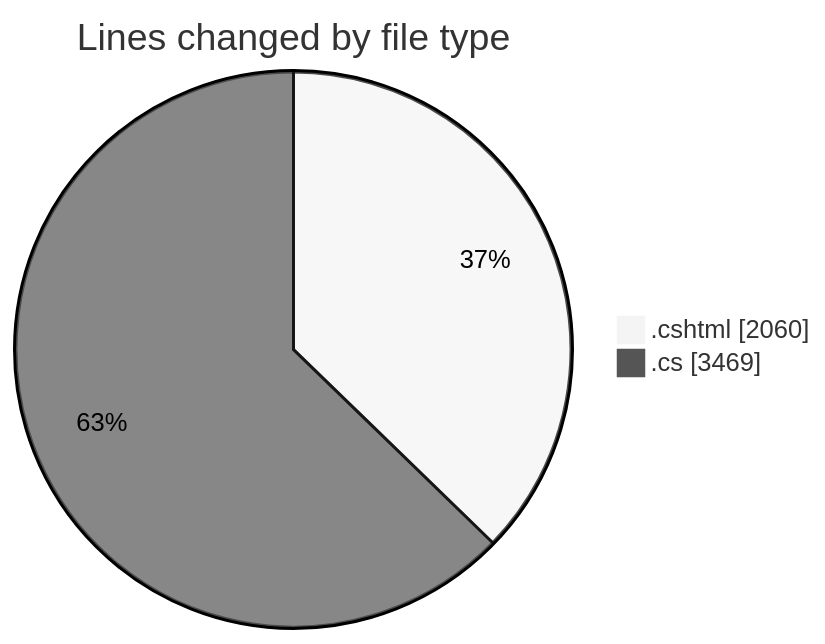
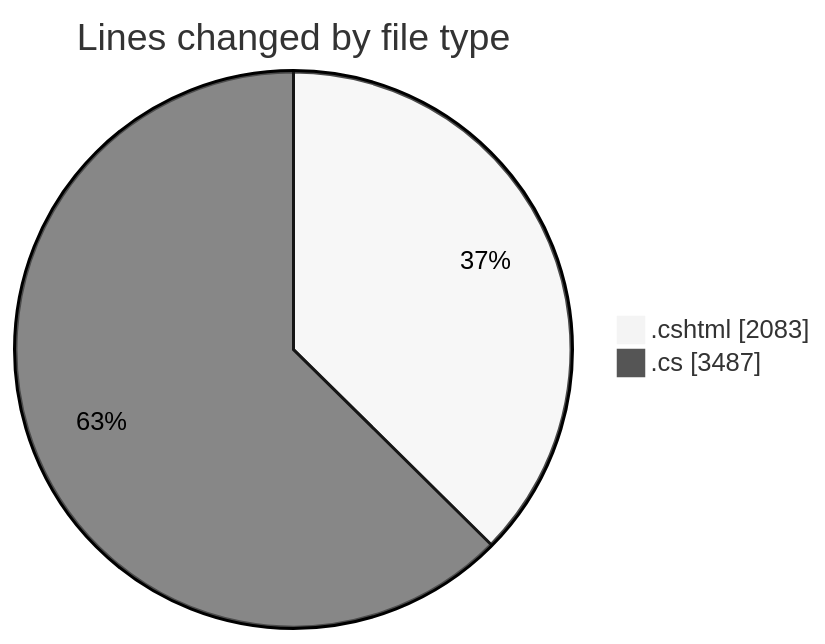
The first of 2 diagrams in 2025-07-17/nhahang/README.md (lephambinh05/code-tracking), drawn with Mermaid (neutral theme) before and after one commit. The commit also changed other lines of this file and 1 other file, not shown here.

````diff
--- a/2025-07-17/nhahang/README.md
+++ b/2025-07-17/nhahang/README.md
@@ -85,6 +85,6 @@
 ```mermaid
 pie showData
 title Lines changed by file type
-".cshtml" : 2060
-".cs" : 3469
+".cshtml" : 2083
+".cs" : 3487
 ```
````
